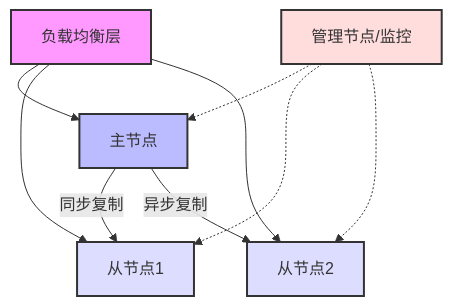
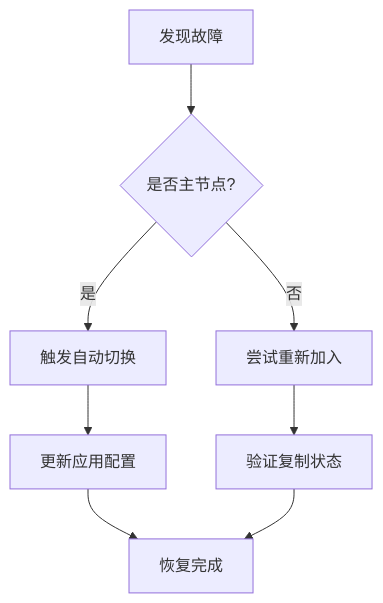
Before and after one commit to starteamx/kphub: the diagram in src/linux-ops/07-Web服务与应用部署/03-数据库服务/12-构建高可用MySQL集群.md, drawn with Mermaid. The commit also changed other lines of this file and 56 other files, not shown here.

````diff
--- a/src/linux-ops/07-Web服务与应用部署/03-数据库服务/12-构建高可用MySQL集群.md
+++ b/src/linux-ops/07-Web服务与应用部署/03-数据库服务/12-构建高可用MySQL集群.md
@@ -19,17 +347,10 @@
-```mermaid  
-graph TD  
-    A[负载均衡层] --> B[主节点]  
-    A --> C[从节点1]  
-    A --> D[从节点2]  
-    B -->|同步复制| C  
-    B -->|异步复制| D  
-    E[管理节点/监控] -.-> B
-    E -.-> C
-    E -.-> D
-    
-    style A fill:#f9f,stroke:#333,stroke-width:2px
-    style B fill:#bbf,stroke:#333,stroke-width:2px
-    style C fill:#ddf,stroke:#333,stroke-width:2px
-    style D fill:#ddf,stroke:#333,stroke-width:2px
-    style E fill:#fdd,stroke:#333,stroke-width:2px
-```  
+```mermaid
+graph TD
+    A[发现故障] --> B{是否主节点?}
+    B -->|是| C[触发自动切换]
+    B -->|否| D[尝试重新加入]
+    C --> E[更新应用配置]
+    D --> F[验证复制状态]
+    E --> G[恢复完成]
+    F --> G
+```
````
